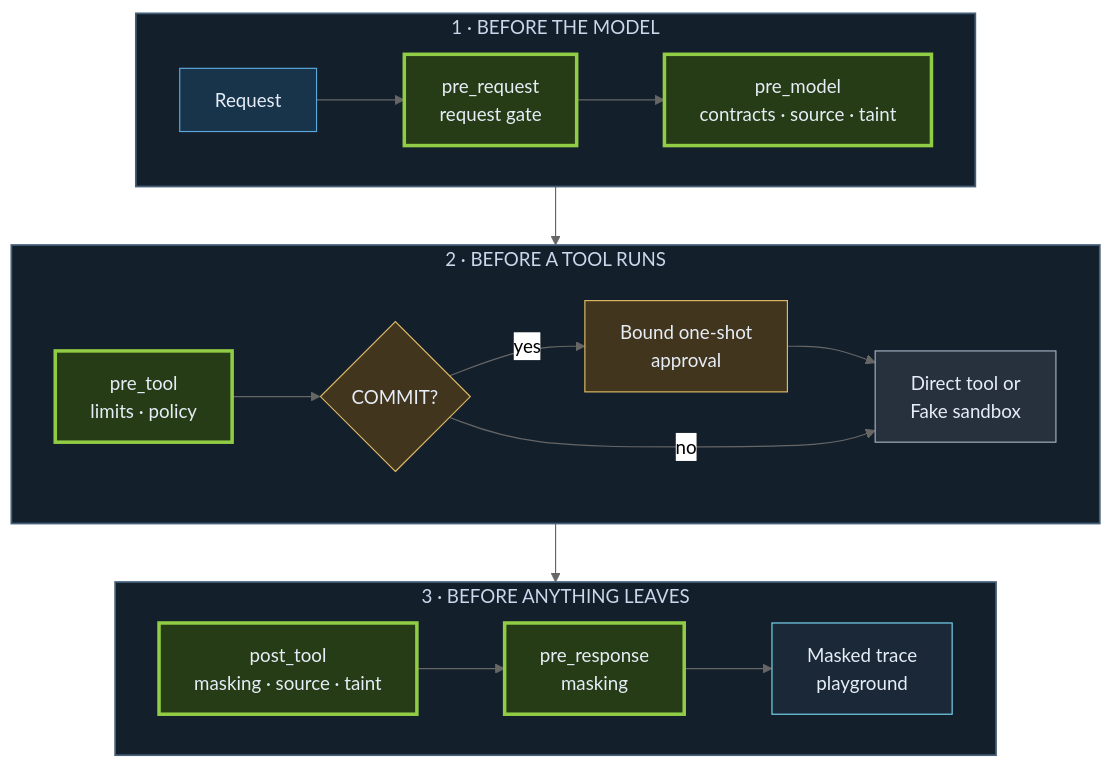
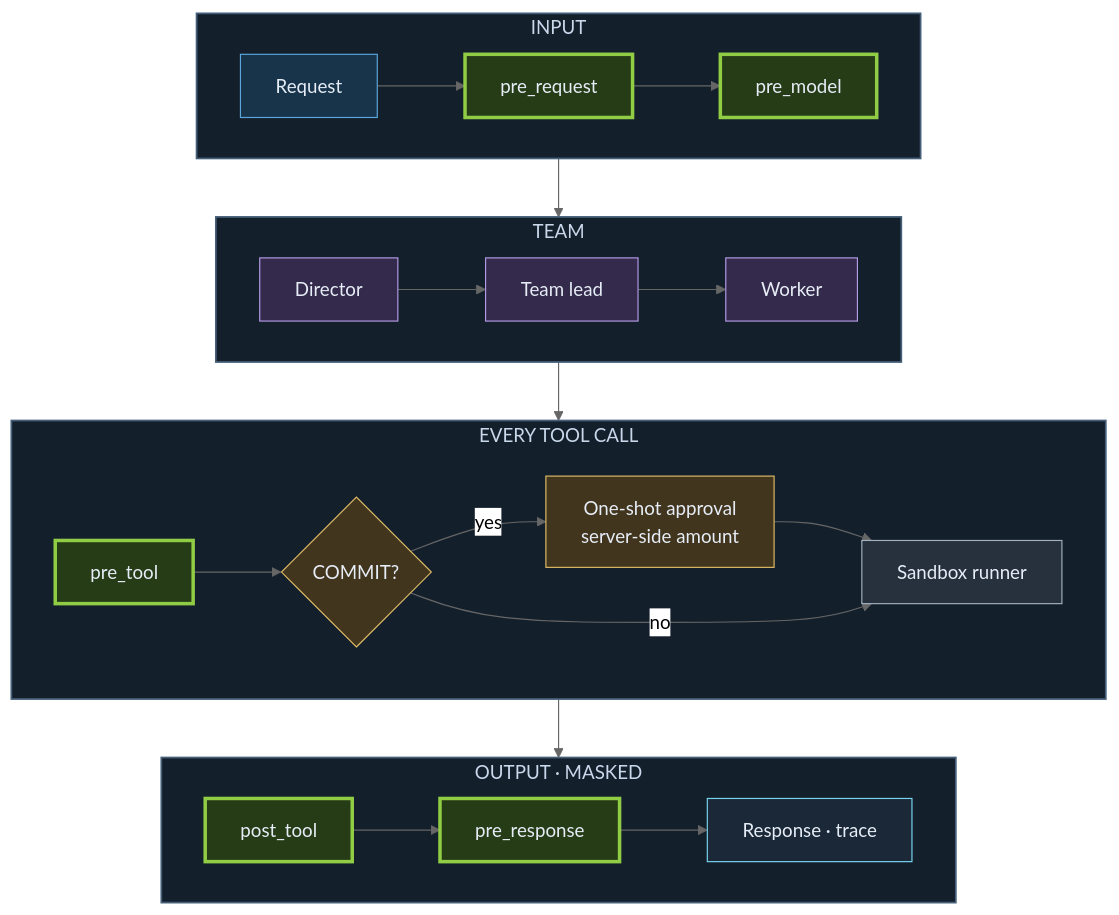
The diagram in docs/diagrams/implemented-flow-dark.mmd (ai-agent-orchestrator/langsmith-multi-agent-nemoclaw), drawn with Mermaid (neutral theme) before and after one commit. The commit also changed 3 other files, not shown here.

```diff
--- a/docs/diagrams/implemented-flow-dark.mmd
+++ b/docs/diagrams/implemented-flow-dark.mmd
@@ -1,34 +1,40 @@
 flowchart TB
-  subgraph IN["1 · BEFORE THE MODEL"]
+  subgraph IN["INPUT"]
     direction LR
-    R["Request"] --> G["pre_request<br/>request gate"]
-    G --> M["pre_model<br/>contracts · source · taint"]
+    R["Request"] --> G["pre_request"] --> M["pre_model"]
   end
-  subgraph TOOL["2 · BEFORE A TOOL RUNS"]
+  subgraph TEAM["TEAM"]
     direction LR
-    T["pre_tool<br/>limits · policy"] --> C{"COMMIT?"}
-    C -->|yes| A["Bound one-shot<br/>approval"]
-    A --> S["Direct tool or<br/>Fake sandbox"]
+    D["Director"] --> L["Team lead"] --> W["Worker"]
+  end
+  subgraph TOOL["EVERY TOOL CALL"]
+    direction LR
+    T["pre_tool"] --> C{"COMMIT?"}
+    C -->|yes| A["One-shot approval<br/>server-side amount"]
+    A --> S["Sandbox runner"]
     C -->|no| S
   end
-  subgraph OUT["3 · BEFORE ANYTHING LEAVES"]
+  subgraph OUT["OUTPUT · MASKED"]
     direction LR
-    P["post_tool<br/>masking · source · taint"] --> O["pre_response<br/>masking"]
-    O --> V["Masked trace<br/>playground"]
+    P["post_tool"] --> O["pre_response"] --> V["Response · trace"]
   end
-  IN --> TOOL
+  IN --> TEAM
+  TEAM --> TOOL
   TOOL --> OUT
 
   classDef api fill:#18344b,stroke:#5ba7db,color:#e6edf6
+  classDef design fill:#342a4c,stroke:#b39ae5,color:#e6edf6
   classDef guard fill:#263c17,stroke:#91cc45,stroke-width:3px,color:#e6edf6
   classDef control fill:#42351e,stroke:#ddb965,color:#e6edf6
   classDef infra fill:#26313d,stroke:#a1afbf,color:#e6edf6
   classDef result fill:#1a2837,stroke:#78d5ef,color:#e6edf6
   class R api
+  class D,L,W design
   class G,M,T,P,O guard
   class C,A control
   class S infra
   class V result
   style IN fill:#141f2c,stroke:#455f79,stroke-width:1.5px,color:#c9d8eb
+  style TEAM fill:#141f2c,stroke:#455f79,stroke-width:1.5px,color:#c9d8eb
   style TOOL fill:#141f2c,stroke:#455f79,stroke-width:1.5px,color:#c9d8eb
   style OUT fill:#141f2c,stroke:#455f79,stroke-width:1.5px,color:#c9d8eb
```
